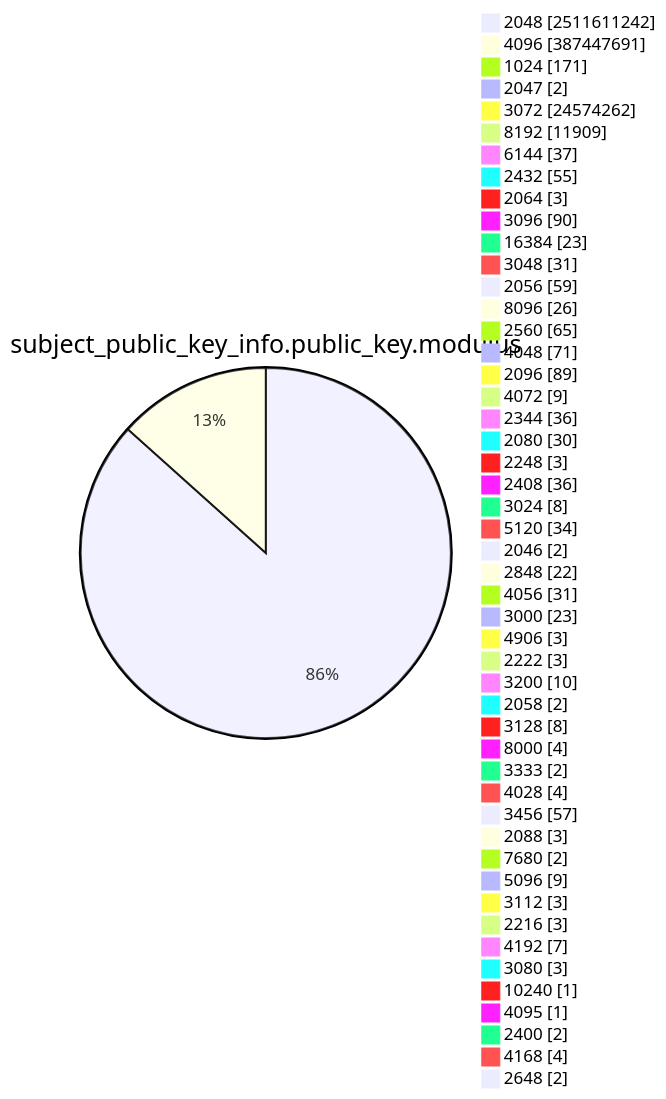
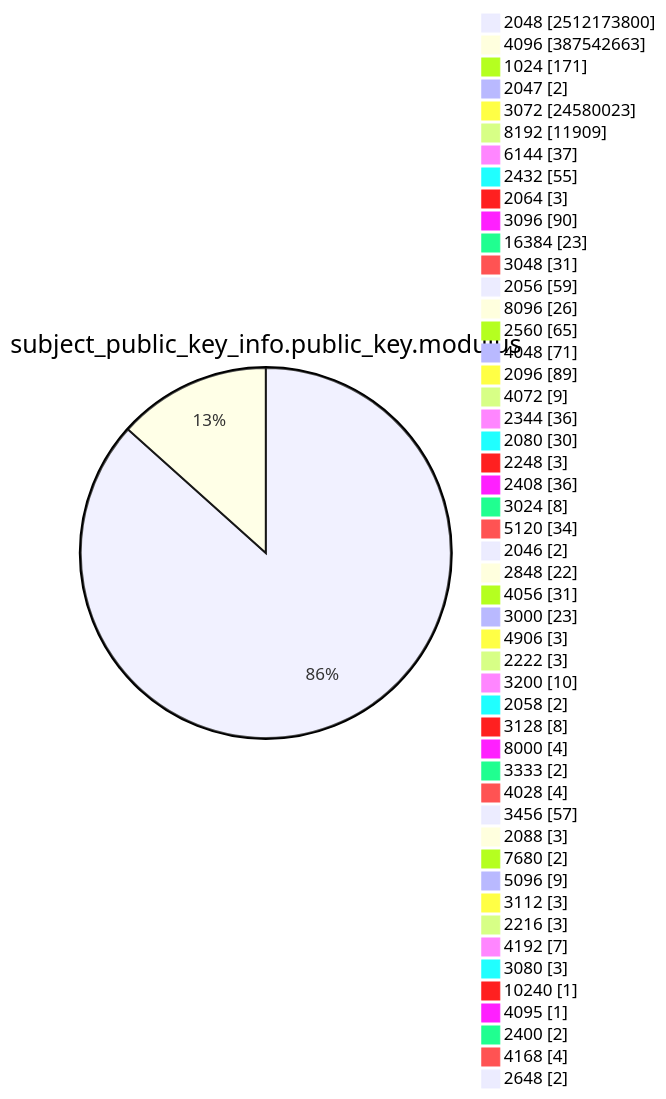
Before and after one commit to christiankrug/ctmonitor_visualization: diagram 13 of 15 in TOTAL/README.md, drawn with Mermaid. The commit also changed other lines of this file, not shown here.

````diff
--- a/TOTAL/README.md
+++ b/TOTAL/README.md
@@ -4169,53 +4169,53 @@
 ```mermaid
 pie showData
 title subject_public_key_info.public_key.modulus
-"2048" :2511611242
-"4096" :387447691
+"2048" :2512173800
+"4096" :387542663
 "1024" :171
 "2047" :2
-"3072" :24574262
+"3072" :24580023
 "8192" :11909
 "6144" :37
 "2432" :55
 "2064" :3
 "3096" :90
 "16384" :23
 "3048" :31
 "2056" :59
 "8096" :26
 "2560" :65
 "4048" :71
 "2096" :89
 "4072" :9
 "2344" :36
 "2080" :30
 "2248" :3
 "2408" :36
 "3024" :8
 "5120" :34
 "2046" :2
 "2848" :22
 "4056" :31
 "3000" :23
 "4906" :3
 "2222" :3
 "3200" :10
 "2058" :2
 "3128" :8
 "8000" :4
 "3333" :2
 "4028" :4
 "3456" :57
 "2088" :3
 "7680" :2
 "5096" :9
 "3112" :3
 "2216" :3
 "4192" :7
 "3080" :3
 "10240" :1
 "4095" :1
 "2400" :2
 "4168" :4
 "2648" :2
 ```
````
